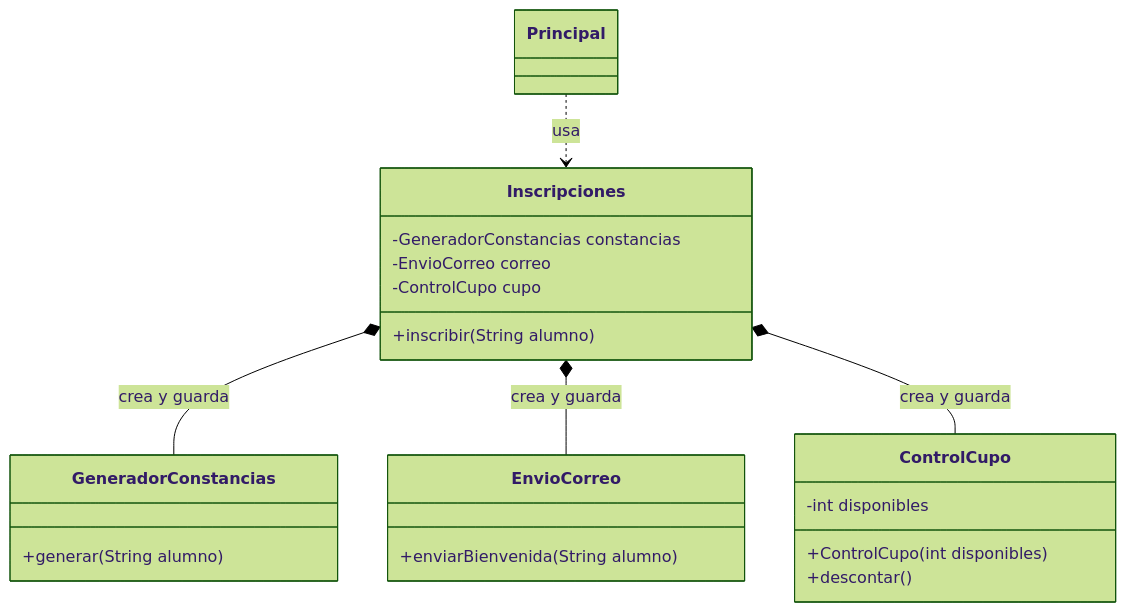
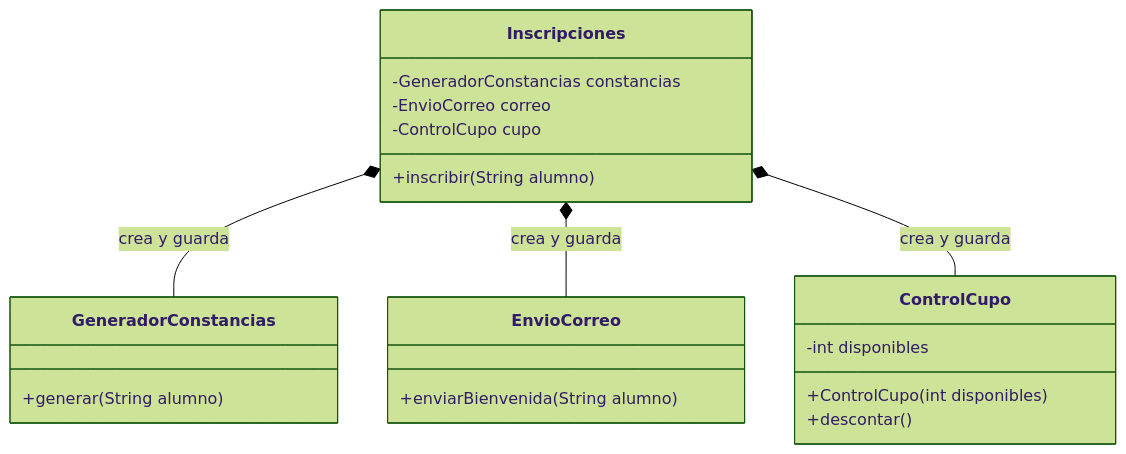
The first of 2 diagrams in 07 - Observer/README.md (carevalomx69/DesignPatterns), drawn with Mermaid (forest theme) before and after one commit. The commit also changed other lines of this file, not shown here.

First line of the commit message:
Observer: simplificar los diagramas Mermaid

````diff
--- a/07 - Observer/README.md
+++ b/07 - Observer/README.md
@@ -99,25 +99,23 @@
 ```mermaid
 classDiagram
     class Inscripciones {
         -GeneradorConstancias constancias
         -EnvioCorreo correo
         -ControlCupo cupo
         +inscribir(String alumno)
     }
     class GeneradorConstancias {
         +generar(String alumno)
     }
     class EnvioCorreo {
         +enviarBienvenida(String alumno)
     }
     class ControlCupo {
         -int disponibles
         +ControlCupo(int disponibles)
         +descontar()
     }
-    class Principal
     Inscripciones *-- GeneradorConstancias : crea y guarda
     Inscripciones *-- EnvioCorreo : crea y guarda
     Inscripciones *-- ControlCupo : crea y guarda
-    Principal ..> Inscripciones : usa
 ```
````
